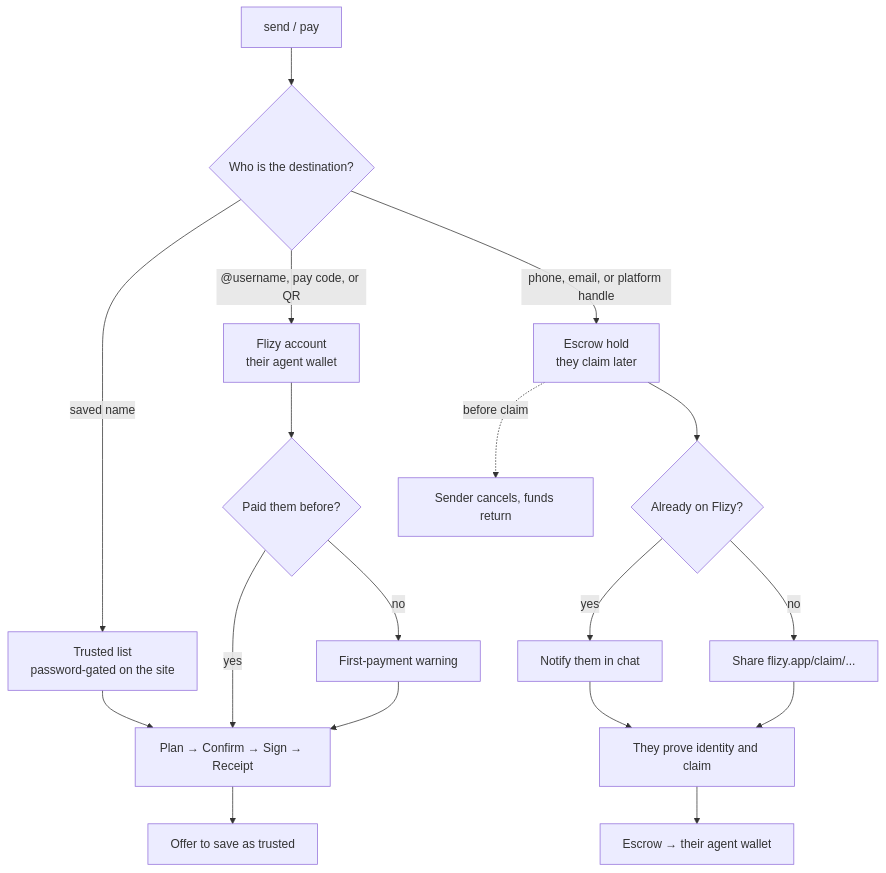
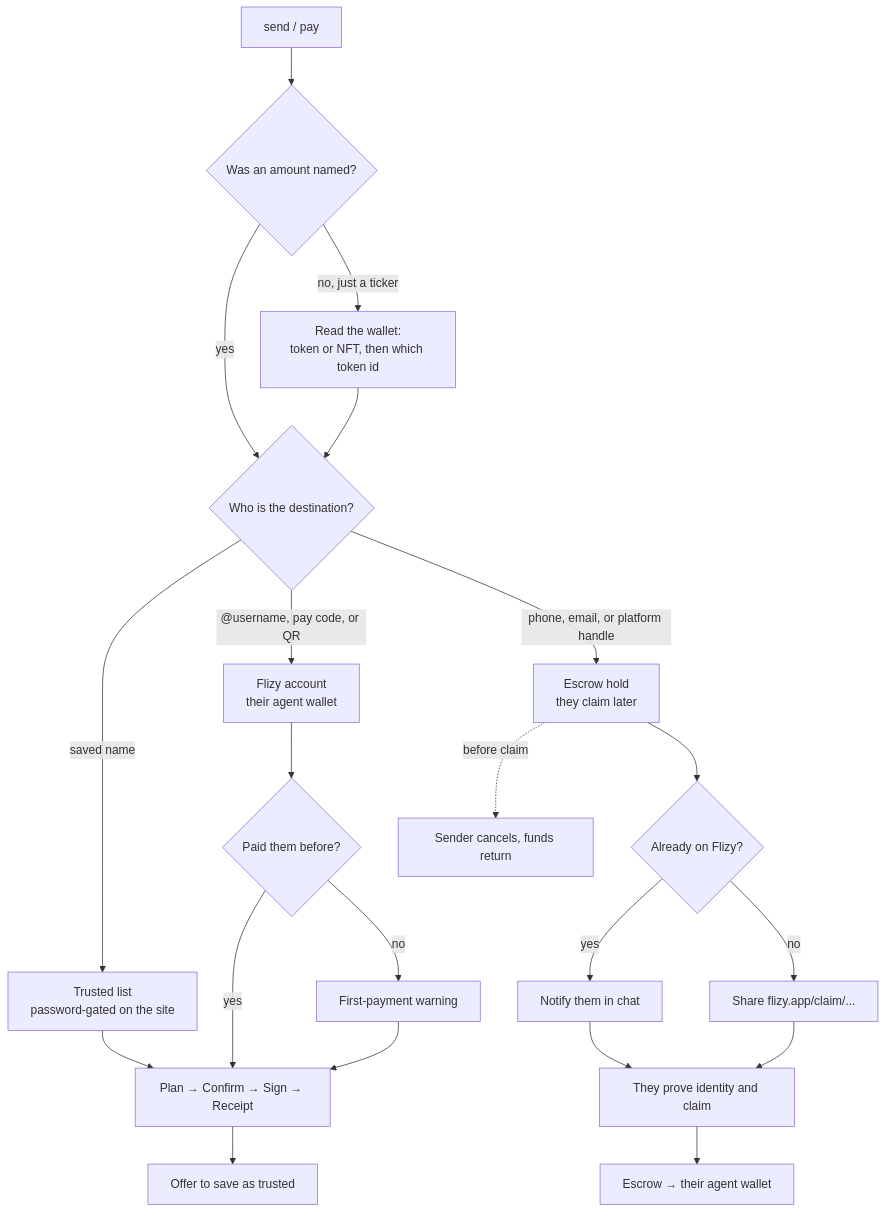
The second of 4 diagrams in README.md (rudazy/flizy), drawn with Mermaid before and after one commit. The commit also changed other lines of this file, not shown here.

First line of the commit message:
Document NFT send in the README

````diff
--- a/README.md
+++ b/README.md
@@ -95,23 +96,26 @@
 ```mermaid
 flowchart TB
-  START["send / pay"] --> KIND{Who is the destination?}
+  START["send / pay"] --> WHAT{Was an amount named?}
+  WHAT -->|yes| KIND{Who is the destination?}
+  WHAT -->|"no, just a ticker"| READ["Read the wallet:<br/>token or NFT, then which token id"]
+  READ --> KIND
 
   KIND -->|"saved name"| TRUST["Trusted list<br/>password-gated on the site"]
   KIND -->|"@username, pay code, or QR"| ID["Flizy account<br/>their agent wallet"]
   KIND -->|"phone, email, or platform handle"| HOLD["Escrow hold<br/>they claim later"]
 
   TRUST --> SPINE["Plan → Confirm → Sign → Receipt"]
   ID --> FIRST{Paid them before?}
   FIRST -->|no| WARN["First-payment warning"]
   FIRST -->|yes| SPINE
   WARN --> SPINE
   SPINE --> SAVE["Offer to save as trusted"]
 
   HOLD --> ON{Already on Flizy?}
   ON -->|yes| NOTE["Notify them in chat"]
   ON -->|no| LINK["Share flizy.app/claim/..."]
   NOTE --> CLAIM["They prove identity and claim"]
   LINK --> CLAIM
   CLAIM --> PAY["Escrow → their agent wallet"]
   HOLD -.->|before claim| CANCEL["Sender cancels, funds return"]
 ```
````
